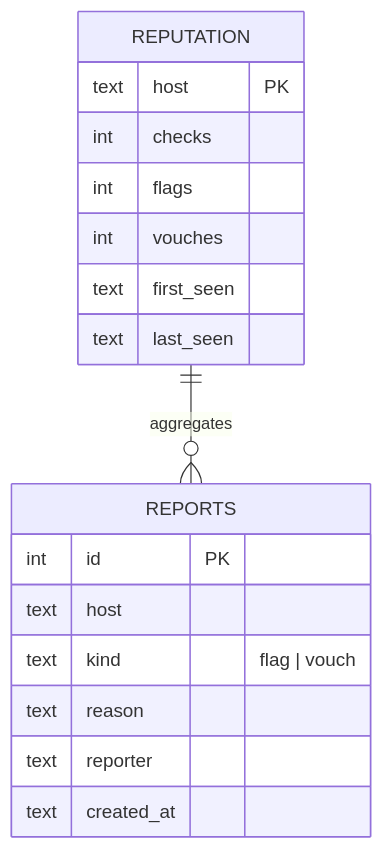
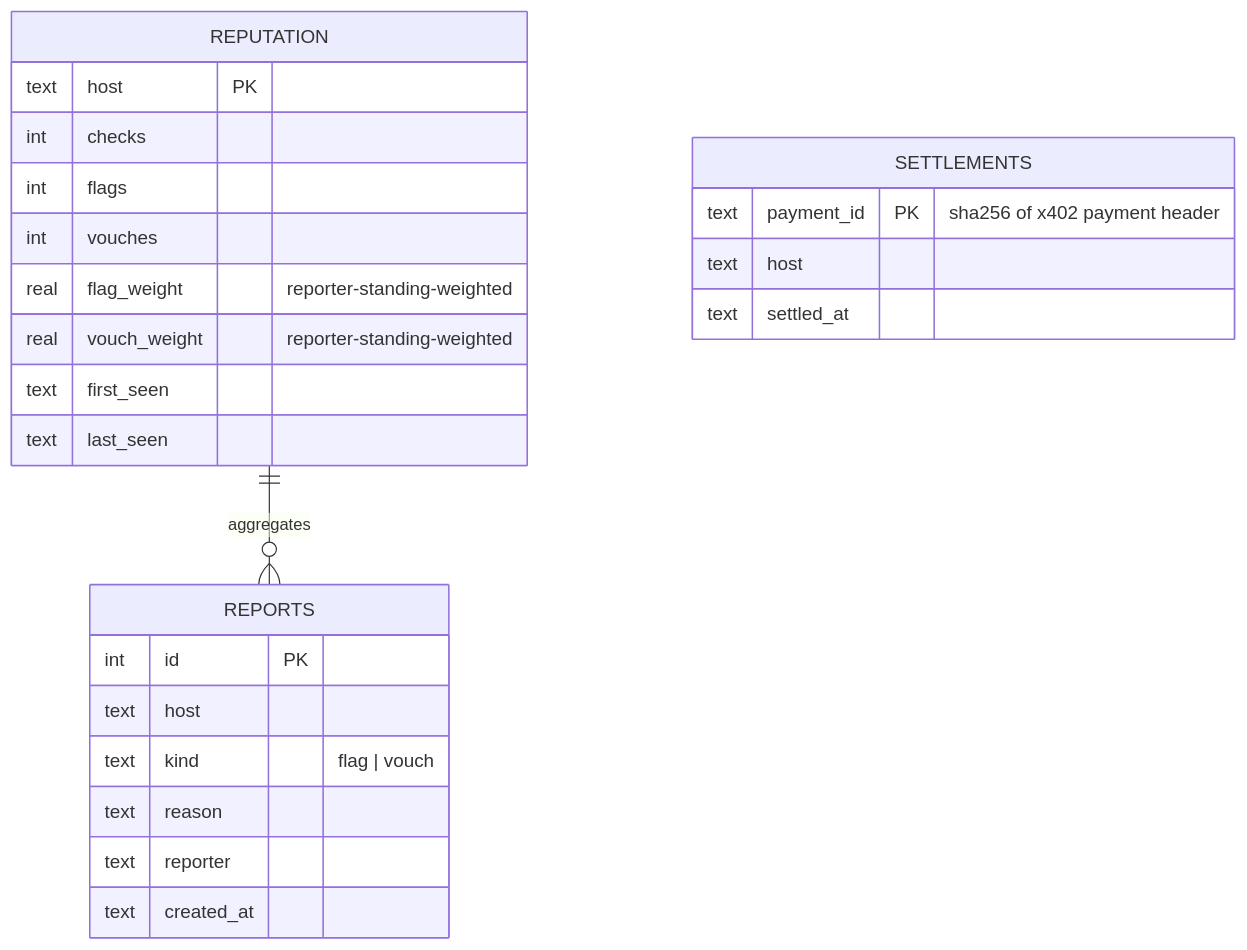
One commit to notifuturo/vouch changed the fifth of 10 diagrams in docs/DIAGRAMS.md. Above: the diagram before and after it, drawn with Mermaid. The commit also changed other lines of this file and 8 other files, not shown here.

````diff
--- a/docs/DIAGRAMS.md
+++ b/docs/DIAGRAMS.md
@@ -153,20 +153,27 @@
 ```mermaid
 erDiagram
     REPUTATION {
         text host PK
         int  checks
         int  flags
         int  vouches
+        real flag_weight "reporter-standing-weighted"
+        real vouch_weight "reporter-standing-weighted"
         text first_seen
         text last_seen
     }
     REPORTS {
         int  id PK
         text host
         text kind "flag | vouch"
         text reason
         text reporter
         text created_at
     }
+    SETTLEMENTS {
+        text payment_id PK "sha256 of x402 payment header"
+        text host
+        text settled_at
+    }
     REPUTATION ||--o{ REPORTS : "aggregates"
 ```
````
